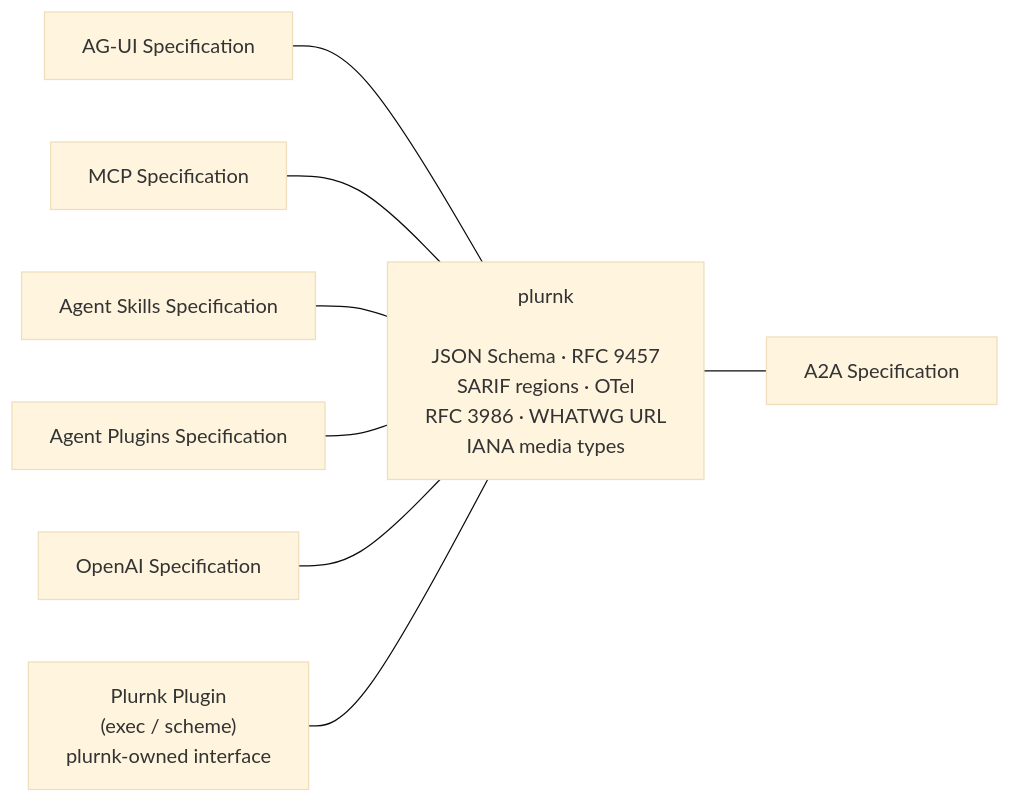
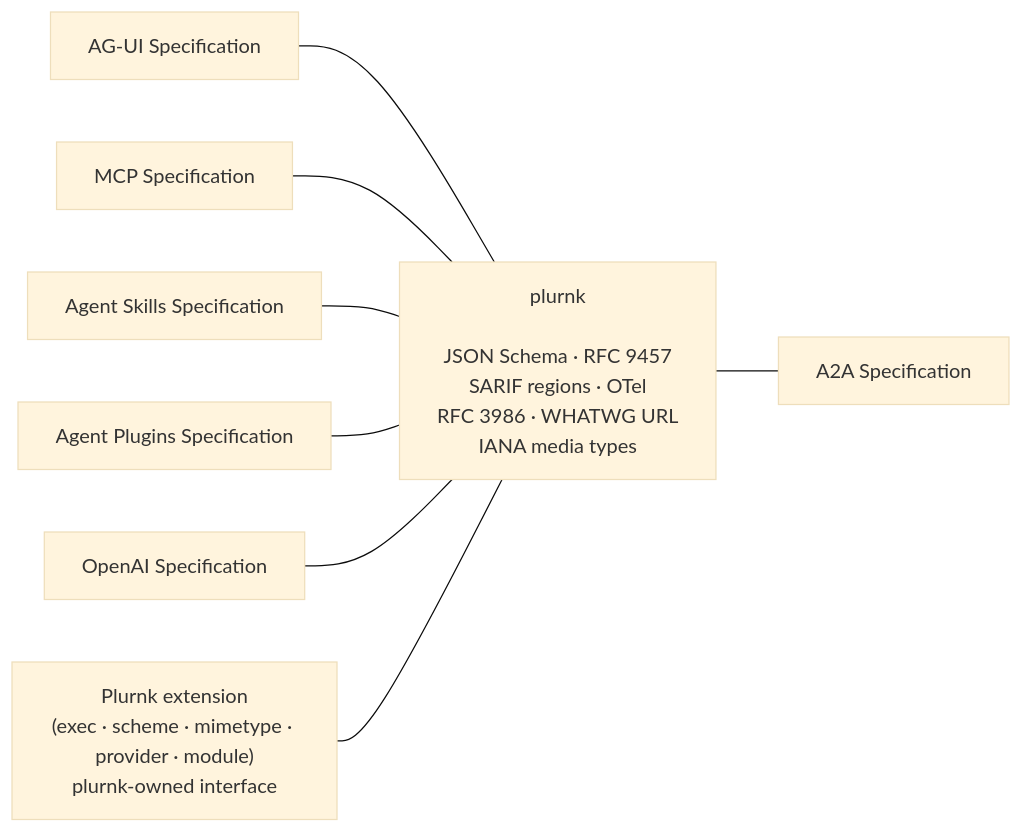
One commit to plurnk/plurnk-service changed the first of 4 diagrams in ARCHITECTURE.md. Above: the diagram before and after it, drawn with Mermaid (base theme). The commit also changed other lines of this file and 146 other files, not shown here.

````diff
--- a/ARCHITECTURE.md
+++ b/ARCHITECTURE.md
@@ -14,11 +14,11 @@
 ```mermaid
 flowchart LR
     AGUI["AG-UI Specification"] --- PLURNK["plurnk<br/><br/>JSON Schema · RFC 9457<br/>SARIF regions · OTel<br/>RFC 3986 · WHATWG URL<br/>IANA media types"]
     MCP["MCP Specification"] --- PLURNK
     SKILLS["Agent Skills Specification"] --- PLURNK
     PLUGINS["Agent Plugins Specification"] --- PLURNK
     OPENAI["OpenAI Specification"] --- PLURNK
-    PLUGIN["Plurnk Plugin<br/>(exec / scheme)<br/>plurnk-owned interface"] --- PLURNK
+    EXTENSION["Plurnk extension<br/>(exec · scheme · mimetype · provider · module)<br/>plurnk-owned interface"] --- PLURNK
 
     PLURNK --- A2A["A2A Specification"]
 ```
````
